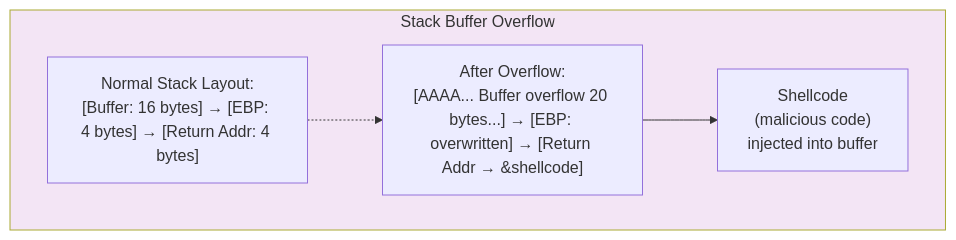
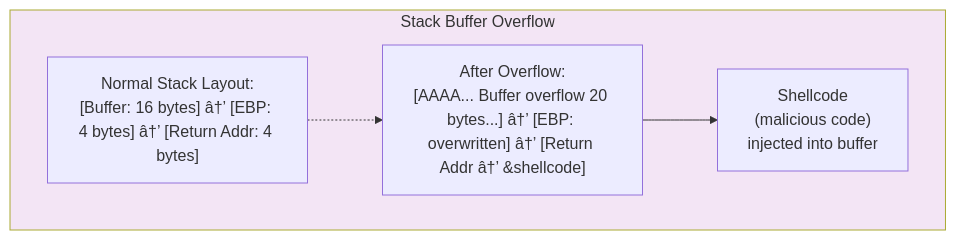
Before and after one commit to Raushan666java/ai-engineering-journey: the fourth of 5 diagrams in docs/courses/information-security/03-cyber-threats-attacks.md, drawn with Mermaid. The commit also changed other lines of this file and 735 other files, not shown here.

````diff
--- a/docs/courses/information-security/03-cyber-threats-attacks.md
+++ b/docs/courses/information-security/03-cyber-threats-attacks.md
@@ -398,12 +398,12 @@
 ```mermaid
 flowchart TD
     subgraph StackOverflow[Stack Buffer Overflow]
         direction LR
-        N["Normal Stack Layout:<br/>[Buffer: 16 bytes] → [EBP: 4 bytes] → [Return Addr: 4 bytes]"]
-        A["After Overflow:<br/>[AAAA... Buffer overflow 20 bytes...] → [EBP: overwritten] → [Return Addr → &shellcode]"]
+        N["Normal Stack Layout:<br/>[Buffer: 16 bytes] â†’ [EBP: 4 bytes] â†’ [Return Addr: 4 bytes]"]
+        A["After Overflow:<br/>[AAAA... Buffer overflow 20 bytes...] â†’ [EBP: overwritten] â†’ [Return Addr â†’ &shellcode]"]
         S["Shellcode<br/>(malicious code)<br/>injected into buffer"]
         A --> S
         N -.-> A
     end
     style StackOverflow fill:#f3e5f5
 ```
````
